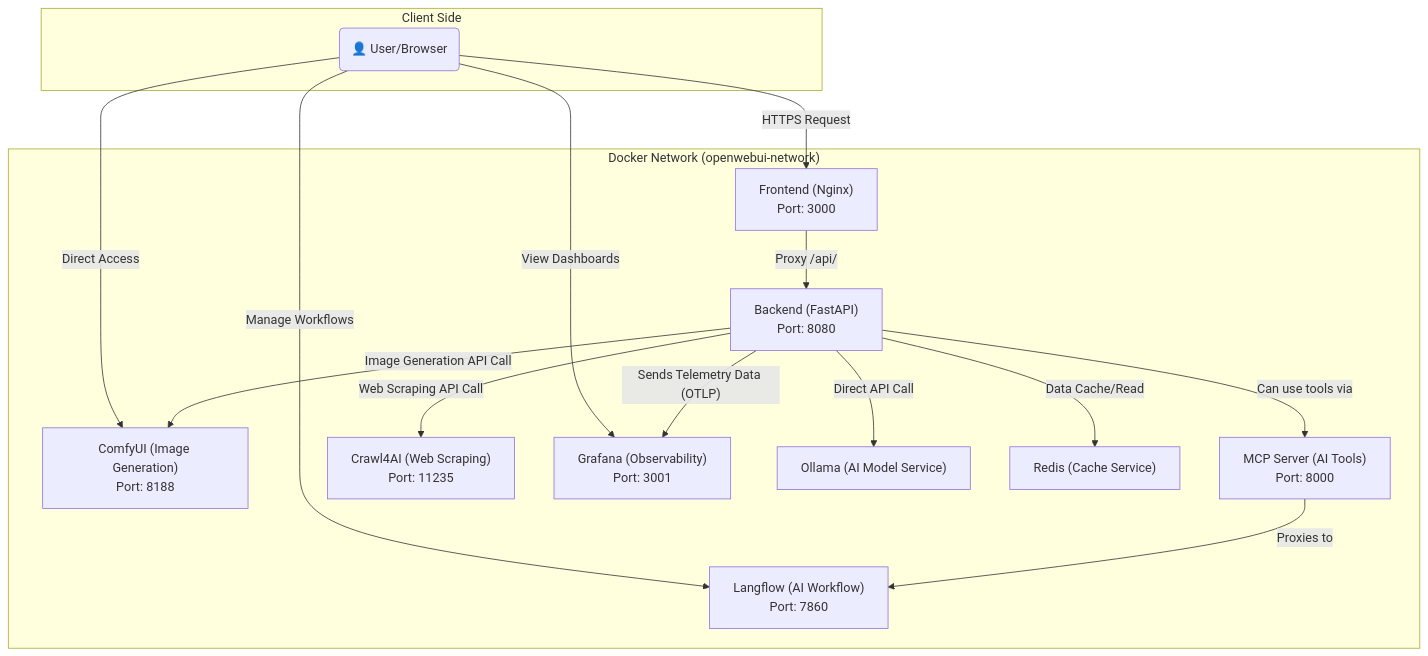
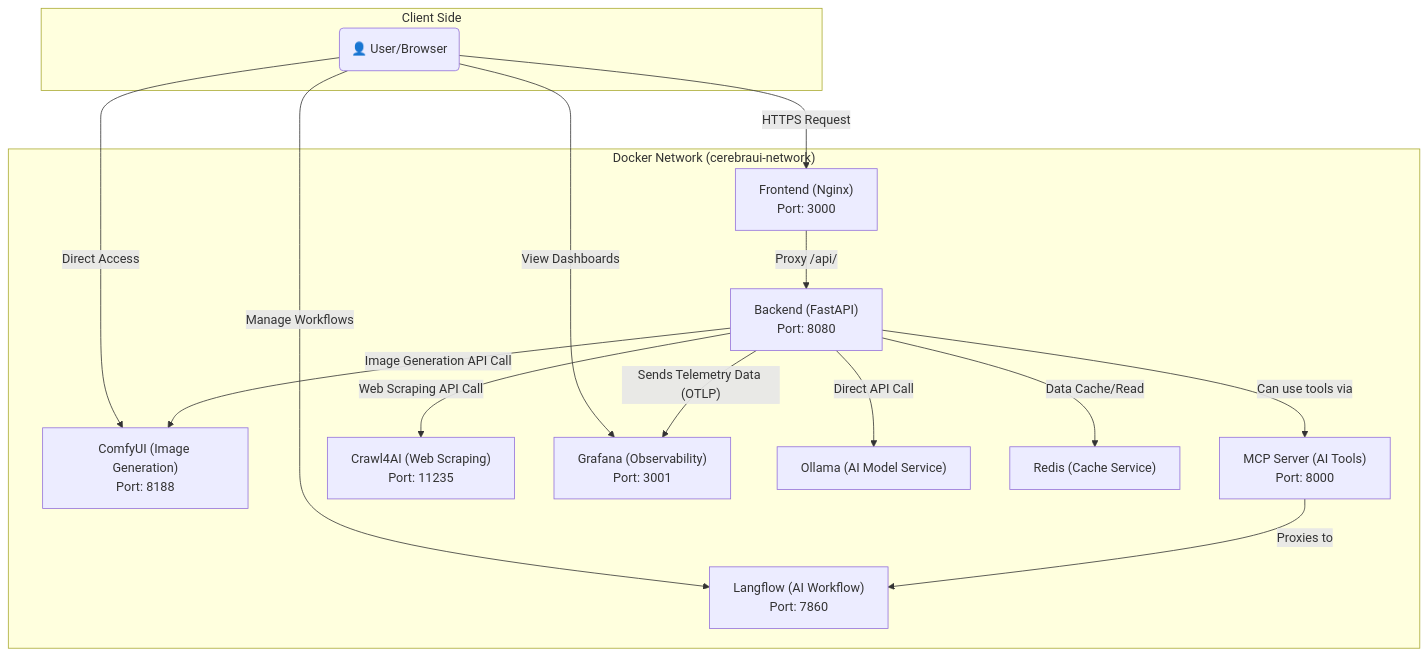
The diagram in README.microservices.md (Jezla/CerebraUI), drawn with Mermaid before and after one commit. The commit also changed other lines of this file and 2 other files, not shown here.

````diff
--- a/README.microservices.md
+++ b/README.microservices.md
@@ -19,34 +19,34 @@
 ```mermaid
 graph TD
     subgraph "Client Side"
         User("👤 User/Browser")
     end
 
-    subgraph "Docker Network (openwebui-network)"
+    subgraph "Docker Network (cerebraui-network)"
         Frontend["Frontend (Nginx)<br>Port: 3000"]
         Backend["Backend (FastAPI)<br>Port: 8080"]
         Langflow["Langflow (AI Workflow)<br>Port: 7860"]
         ComfyUI["ComfyUI (Image Generation)<br>Port: 8188"]
         MCPServer["MCP Server (AI Tools)<br>Port: 8000"]
         Crawl4AI["Crawl4AI (Web Scraping)<br>Port: 11235"]
         Grafana["Grafana (Observability)<br>Port: 3001"]
         Ollama["Ollama (AI Model Service)"]
         Redis["Redis (Cache Service)"]
     end
 
     User -- "HTTPS Request" --> Frontend
     User -- "Manage Workflows" --> Langflow
     User -- "Direct Access" --> ComfyUI
     User -- "View Dashboards" --> Grafana
     
     Frontend -- "Proxy /api/" --> Backend
     
     Backend -- "Direct API Call" --> Ollama
     Backend -- "Data Cache/Read" --> Redis
     Backend -- "Image Generation API Call" --> ComfyUI
     Backend -- "Web Scraping API Call" --> Crawl4AI
     Backend -- "Sends Telemetry Data (OTLP)" --> Grafana
     Backend -- "Can use tools via" --> MCPServer
 
     MCPServer -- "Proxies to" --> Langflow
 ```
````
